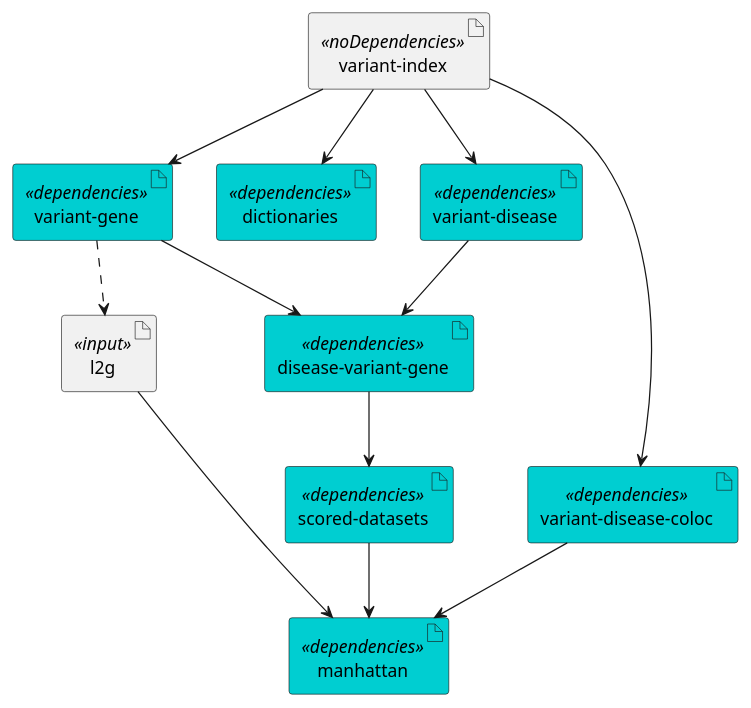
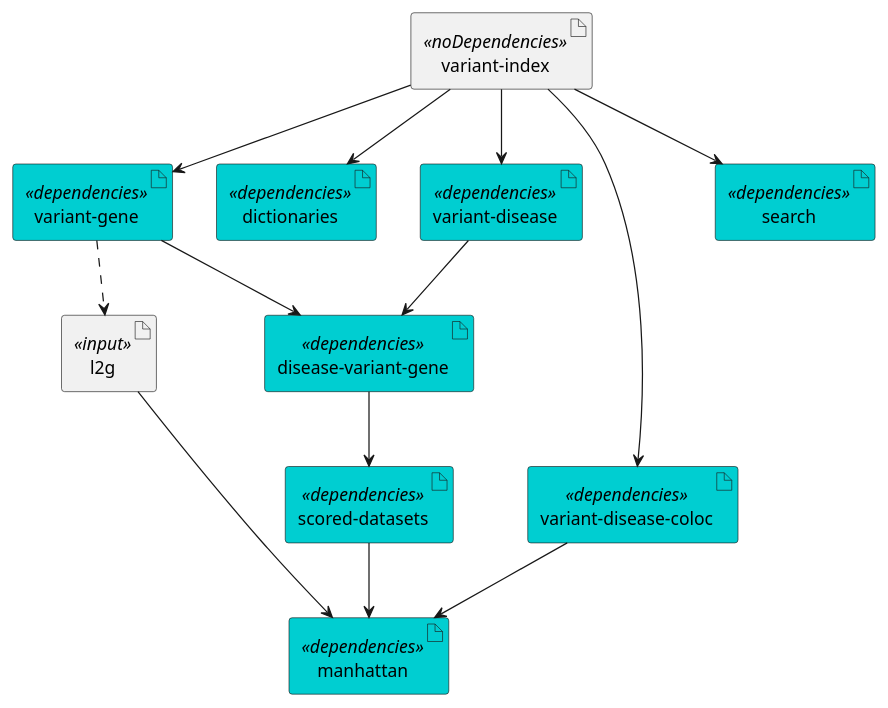
One commit to opentargets/genetics-pipe changed the diagram in documentation/step_dependencies.puml. Above: the diagram before and after it, drawn with PlantUML. The commit also changed 1 other file, not shown here.

Commit message:
Update documentation for search.

```diff
--- a/documentation/step_dependencies.puml
+++ b/documentation/step_dependencies.puml
@@ -1,33 +1,35 @@
 @startuml
 skinparam interface {
     backgroundColor<<input>> darkblue
     backgroundColor<<output>> cyan
 }
 skinparam artifact {
      backgroundColor<<noDependency>> orchid
      backgroundColor<<dependencies>> darkturquoise
  }
 ' steps
 artifact vg as "variant-gene" <<dependencies>>
 artifact vi as "variant-index" <<noDependencies>>
 artifact dictionaries <<dependencies>>
 artifact vd as "variant-disease" <<dependencies>>
 artifact vdc as "variant-disease-coloc" <<dependencies>>
 artifact dvg as "disease-variant-gene" <<dependencies>>
 artifact sd as "scored-datasets" <<dependencies>>
+artifact s as "search" <<dependencies>>
 artifact manhattan <<dependencies>>
 artifact l2g <<input>>
 
 vi --> dictionaries
 vi --> vd
+vi --> s
 vi --> vg
 vi --> vdc
 vd --> dvg
 vg --> dvg
 dvg --> sd
 l2g --> manhattan
 sd --> manhattan
 vdc --> manhattan
 vg ..> l2g
 
 @enduml
```
